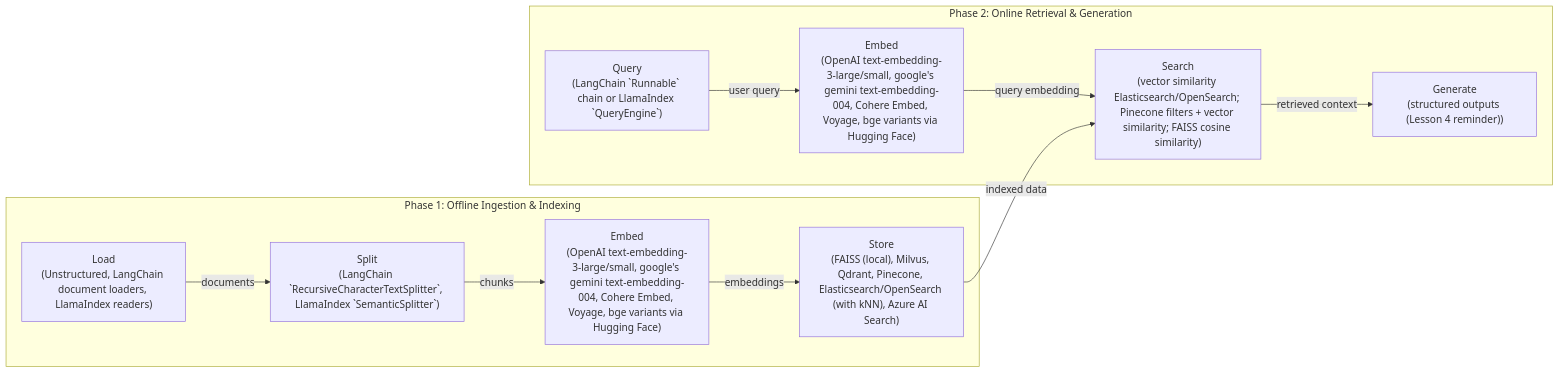
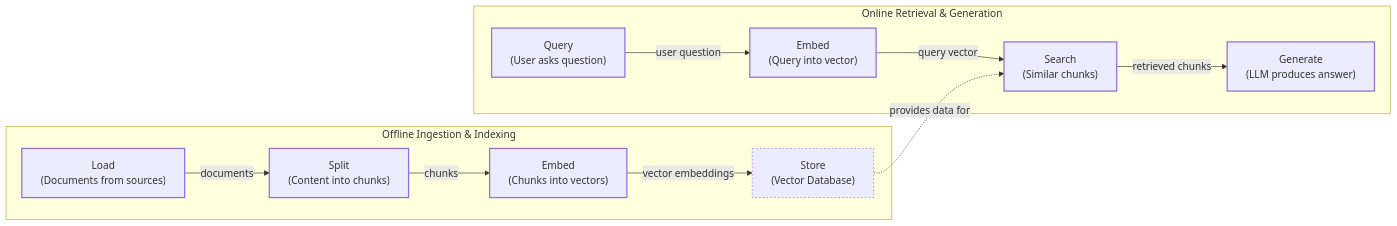
The second of 4 diagrams in RL_researcher_writer_ymaxing/rl_training_data/noise_experiment/09_RAG__var_standard__replicate1__preset0/article.md (YMaXing/Research-Agent-reinforced-by-RL), drawn with Mermaid before and after one commit. The commit also changed other lines of this file and 4528 other files, not shown here.

````diff
--- a/RL_researcher_writer_ymaxing/rl_training_data/noise_experiment/09_RAG__var_standard__replicate1__preset0/article.md
+++ b/RL_researcher_writer_ymaxing/rl_training_data/noise_experiment/09_RAG__var_standard__replicate1__preset0/article.md
@@ -39,29 +64,35 @@
 ```mermaid
 flowchart LR
   %% Phase 1: Offline Ingestion & Indexing
-  subgraph "Phase 1: Offline Ingestion & Indexing"
-    A["Load<br/>(Unstructured, LangChain document loaders, LlamaIndex readers)"]
-    B["Split<br/>(LangChain `RecursiveCharacterTextSplitter`, LlamaIndex `SemanticSplitter`)"]
-    C["Embed<br/>(OpenAI text-embedding-3-large/small, google's gemini text-embedding-004, Cohere Embed, Voyage, bge variants via Hugging Face)"]
-    D["Store<br/>(FAISS (local), Milvus, Qdrant, Pinecone, Elasticsearch/OpenSearch (with kNN), Azure AI Search)"]
+  subgraph "Offline Ingestion & Indexing"
+    Load["Load<br/>(Documents from sources)"]
+    Split["Split<br/>(Content into chunks)"]
+    EmbedChunks["Embed<br/>(Chunks into vectors)"]
+    Store["Store<br/>(Vector Database)"]
 
-    A -- "documents" --> B
-    B -- "chunks" --> C
-    C -- "embeddings" --> D
+    Load -- "documents" --> Split
+    Split -- "chunks" --> EmbedChunks
+    EmbedChunks -- "vector embeddings" --> Store
   end
 
   %% Phase 2: Online Retrieval & Generation
-  subgraph "Phase 2: Online Retrieval & Generation"
-    E["Query<br/>(LangChain `Runnable` chain or LlamaIndex `QueryEngine`)"]
-    F["Embed<br/>(OpenAI text-embedding-3-large/small, google's gemini text-embedding-004, Cohere Embed, Voyage, bge variants via Hugging Face)"]
-    G["Search<br/>(vector similarity Elasticsearch/OpenSearch; Pinecone filters + vector similarity; FAISS cosine similarity)"]
-    H["Generate<br/>(structured outputs (Lesson 4 reminder))"]
+  subgraph "Online Retrieval & Generation"
+    Query["Query<br/>(User asks question)"]
+    EmbedQuery["Embed<br/>(Query into vector)"]
+    Search["Search<br/>(Similar chunks)"]
+    Generate["Generate<br/>(LLM produces answer)"]
 
-    E -- "user query" --> F
-    F -- "query embedding" --> G
-    G -- "retrieved context" --> H
+    Query -- "user question" --> EmbedQuery
+    EmbedQuery -- "query vector" --> Search
+    Search -- "retrieved chunks" --> Generate
   end
 
   %% Connection between phases
-  D -- "indexed data" --> G
+  Store -. "provides data for" .-> Search
+
+  %% Visual grouping
+  classDef process stroke-width:2px
+  classDef storage stroke-dasharray:3,3
+  class Load,Split,EmbedChunks,Query,EmbedQuery,Search,Generate process
+  class Store storage
 ```
````
